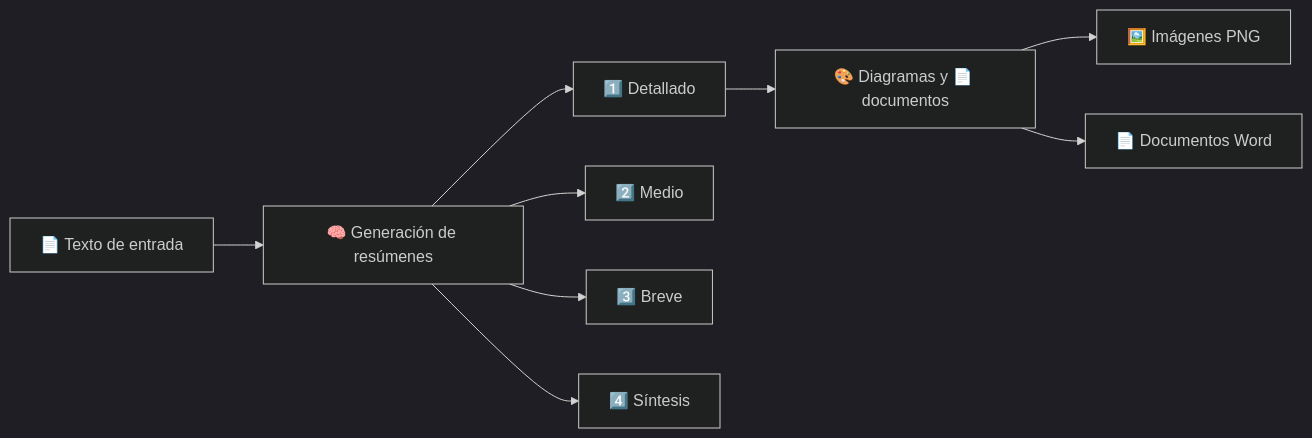
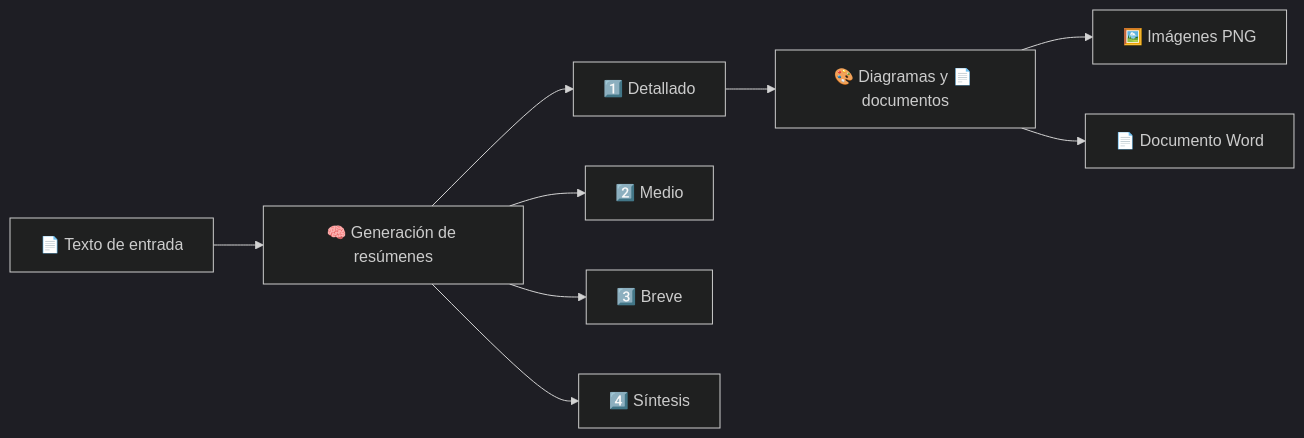
One commit to garciaedahi382-boop/resumidor-texto changed the diagram in README.md. Above: the diagram before and after it, drawn with Mermaid (dark theme). The commit also changed other lines of this file, not shown here.

````diff
--- a/README.md
+++ b/README.md
@@ -159,11 +89,11 @@
 ```mermaid
 flowchart LR
     A["📄 Texto de entrada"] --> B["🧠 Generación de resúmenes"]
     B --> N1["1️⃣ Detallado"]
     B --> N2["2️⃣ Medio"]
     B --> N3["3️⃣ Breve"]
     B --> N4["4️⃣ Síntesis"]
     N1 --> D["🎨 Diagramas y 📄 documentos"]
     D --> P["🖼️ Imágenes PNG"]
-    D --> W["📄 Documentos Word"]
+    D --> W["📄 Documento Word"]
 ```
````
